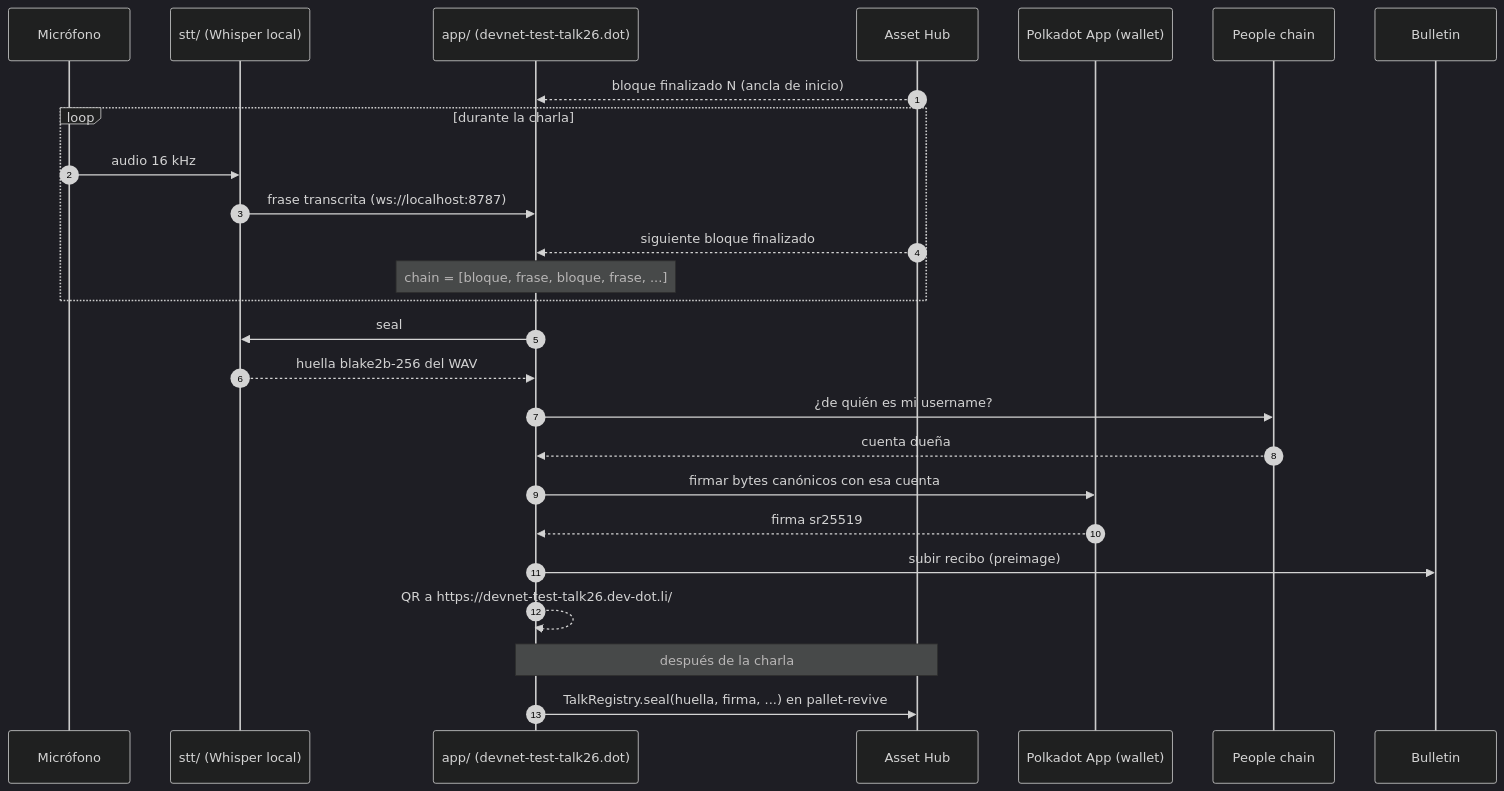
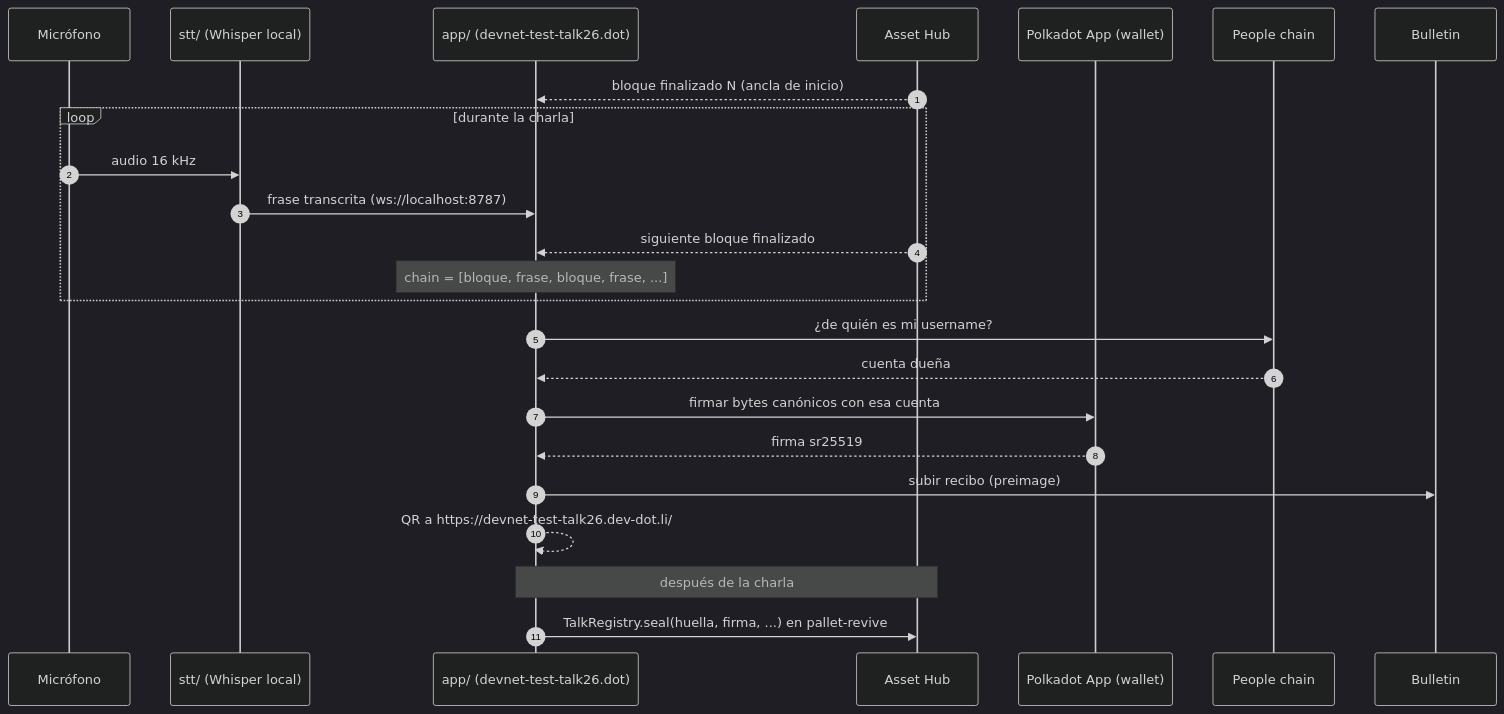
Before and after one commit to w3nerick/testalk: the diagram in README.md, drawn with Mermaid (dark theme). The commit also changed other lines of this file and 12 other files, not shown here.

````diff
--- a/README.md
+++ b/README.md
@@ -67,29 +67,27 @@
 ```mermaid
 sequenceDiagram
     autonumber
     participant M as Micrófono
     participant S as stt/ (Whisper local)
     participant A as app/ (devnet-test-talk26.dot)
     participant H as Asset Hub
     participant W as Polkadot App (wallet)
     participant P as People chain
     participant B as Bulletin
 
     H-->>A: bloque finalizado N (ancla de inicio)
     loop durante la charla
         M->>S: audio 16 kHz
         S->>A: frase transcrita (ws://localhost:8787)
         H-->>A: siguiente bloque finalizado
         Note over A: chain = [bloque, frase, bloque, frase, ...]
     end
-    A->>S: seal
-    S-->>A: huella blake2b-256 del WAV
     A->>P: ¿de quién es mi username?
     P-->>A: cuenta dueña
     A->>W: firmar bytes canónicos con esa cuenta
     W-->>A: firma sr25519
     A->>B: subir recibo (preimage)
     A-->>A: QR a https://devnet-test-talk26.dev-dot.li/#/<CID>
     Note over A,H: después de la charla
     A->>H: TalkRegistry.seal(huella, firma, ...) en pallet-revive
 ```
````
